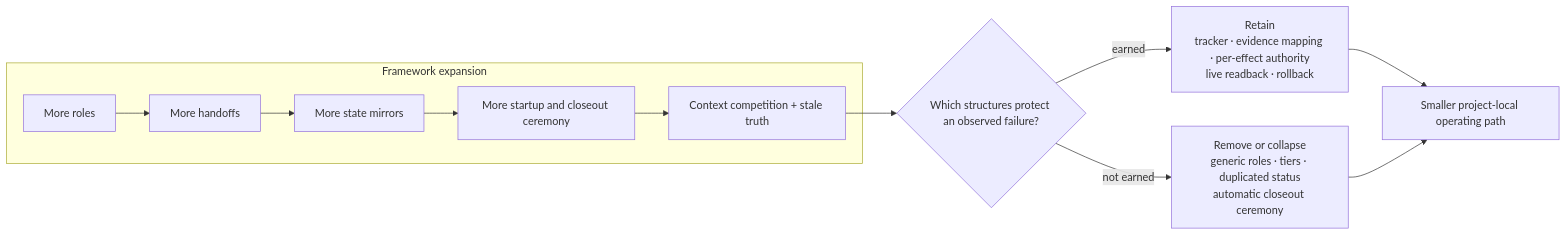
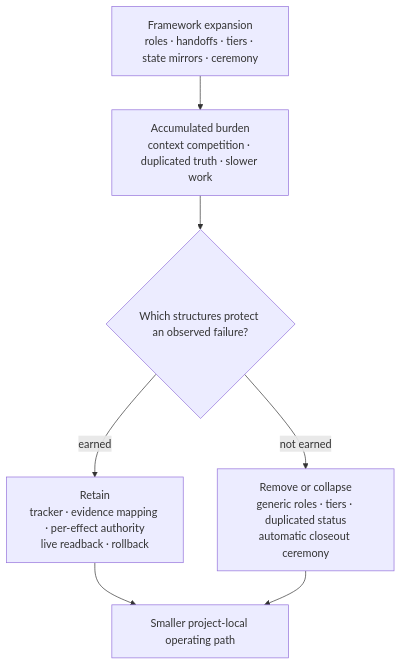
The fifth of 6 diagrams in docs/case-studies/narrow-success-broad-failure.md (yiwei79/root-azoth), drawn with Mermaid before and after one commit. The commit also changed other lines of this file and 4 other files, not shown here.

````diff
--- a/docs/case-studies/narrow-success-broad-failure.md
+++ b/docs/case-studies/narrow-success-broad-failure.md
@@ -277,16 +288,11 @@
 ```mermaid
-flowchart LR
-    subgraph X["Framework expansion"]
-        X1["More roles"] --> X2["More handoffs"]
-        X2 --> X3["More state mirrors"]
-        X3 --> X4["More startup and closeout ceremony"]
-        X4 --> X5["Context competition + stale truth"]
-    end
-
-    X5 --> Q{"Which structures protect an observed failure?"}
+flowchart TB
+    X["Framework expansion<br/>roles · handoffs · tiers · state mirrors · ceremony"]
+    X --> B["Accumulated burden<br/>context competition · duplicated truth · slower work"]
+    B --> Q{"Which structures protect an observed failure?"}
 
     Q -->|earned| R["Retain<br/>tracker · evidence mapping · per-effect authority<br/>live readback · rollback"]
     Q -->|not earned| M["Remove or collapse<br/>generic roles · tiers · duplicated status<br/>automatic closeout ceremony"]
     R --> O["Smaller project-local operating path"]
     M --> O
 ```
````
